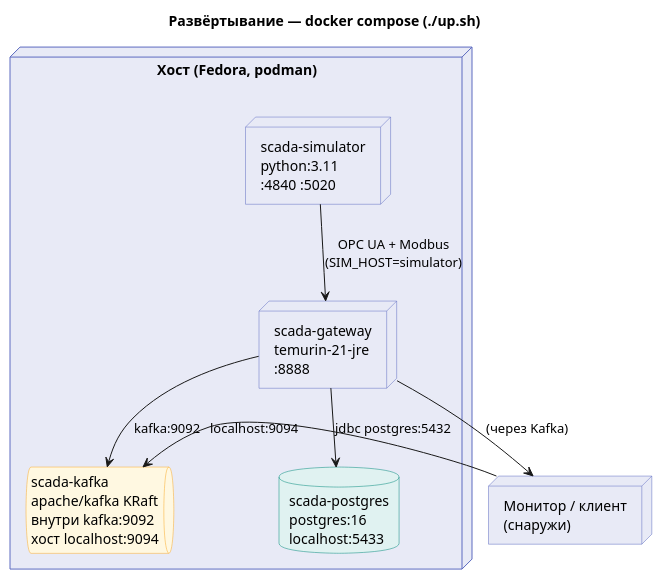
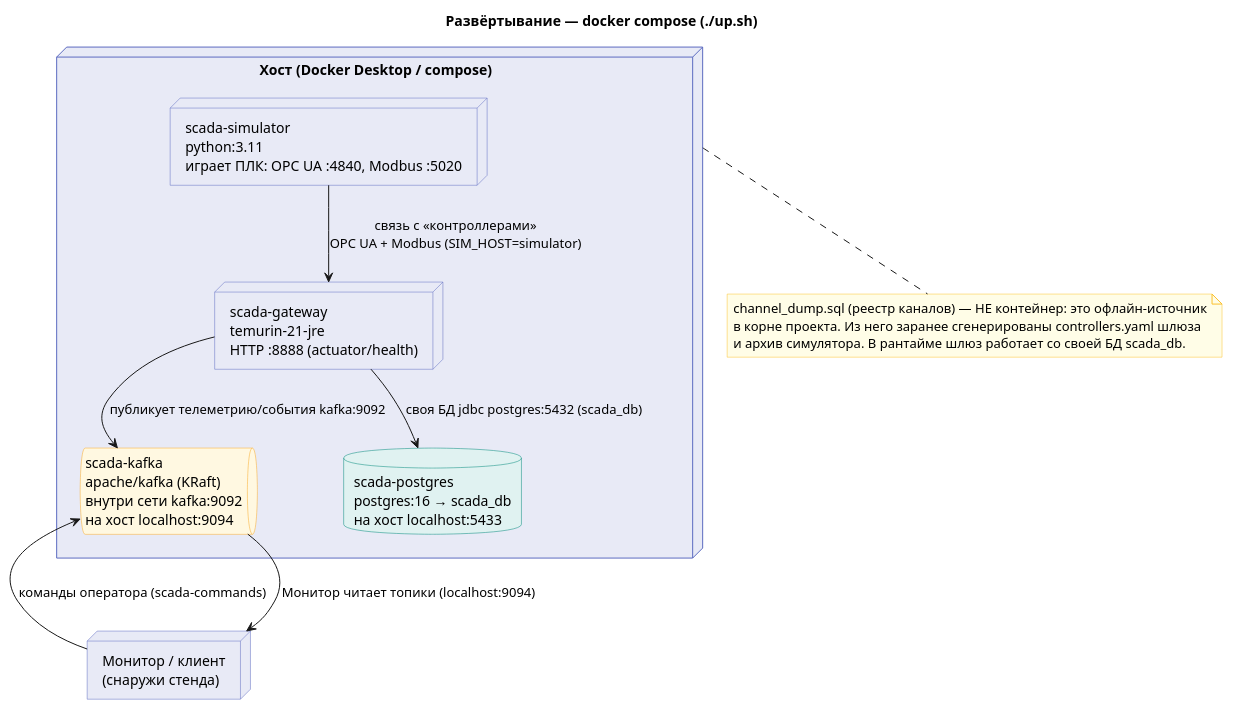
One commit to EuZireael/scada-gateway changed the third of 3 diagrams in docs/architecture.puml. Above: the diagram before and after it, drawn with PlantUML. The commit also changed other lines of this file and 7 other files, not shown here.

First line of the commit message:
Интеграция шлюза с монитором + доводка Kafka-пути телеметрии

```diff
--- a/docs/architecture.puml
+++ b/docs/architecture.puml
@@ -156,35 +262,46 @@
 @startuml SCADA-Gateway-Deployment
 ' ============================================================================
-'  Развёртывание: docker-compose (одна команда ./up.sh)
+'  Развёртывание: docker compose (одна команда ./up.sh)
+'  Что где физически запущено и по каким портам общается.
 ' ============================================================================
 title Развёртывание — docker compose (./up.sh)
 
 skinparam shadowing false
 skinparam defaultFontName "Segoe UI"
 skinparam node {
   BorderColor #5C6BC0
   BackgroundColor #E8EAF6
 }
 skinparam database {
   BorderColor #00897B
   BackgroundColor #E0F2F1
 }
 skinparam queue {
   BorderColor #F9A825
   BackgroundColor #FFF8E1
 }
+skinparam note {
+  BackgroundColor #FFFDE7
+  BorderColor #FBC02D
+}
 
-node "Хост (Fedora, podman)" as HOST {
-  node "scada-simulator\npython:3.11\n:4840 :5020" as N_SIM
-  node "scada-gateway\ntemurin-21-jre\n:8888" as N_GW
-  queue "scada-kafka\napache/kafka KRaft\nвнутри kafka:9092\nхост localhost:9094" as N_K
-  database "scada-postgres\npostgres:16\nlocalhost:5433" as N_PG
+node "Хост (Docker Desktop / compose)" as HOST {
+  node "scada-simulator\npython:3.11\nиграет ПЛК: OPC UA :4840, Modbus :5020" as N_SIM
+  node "scada-gateway\ntemurin-21-jre\nHTTP :8888 (actuator/health)" as N_GW
+  queue "scada-kafka\napache/kafka (KRaft)\nвнутри сети kafka:9092\nна хост localhost:9094" as N_K
+  database "scada-postgres\npostgres:16 → scada_db\nна хост localhost:5433" as N_PG
 }
-node "Монитор / клиент\n(снаружи)" as N_MON
+node "Монитор / клиент\n(снаружи стенда)" as N_MON
 
-N_SIM --> N_GW  : OPC UA + Modbus\n(SIM_HOST=simulator)
-N_GW  --> N_K   : kafka:9092
-N_GW  --> N_PG  : jdbc postgres:5432
-N_GW  --> N_MON : (через Kafka)
-N_MON --> N_K   : localhost:9094
+N_SIM --> N_GW  : связь с «контроллерами»\nOPC UA + Modbus (SIM_HOST=simulator)
+N_GW  --> N_K   : публикует телеметрию/события kafka:9092
+N_GW  --> N_PG  : своя БД jdbc postgres:5432 (scada_db)
+N_K   --> N_MON : Монитор читает топики (localhost:9094)
+N_MON --> N_K   : команды оператора (scada-commands)
+
+note bottom of HOST
+  channel_dump.sql (реестр каналов) — НЕ контейнер: это офлайн-источник
+  в корне проекта. Из него заранее сгенерированы controllers.yaml шлюза
+  и архив симулятора. В рантайме шлюз работает со своей БД scada_db.
+end note
 @enduml
```
